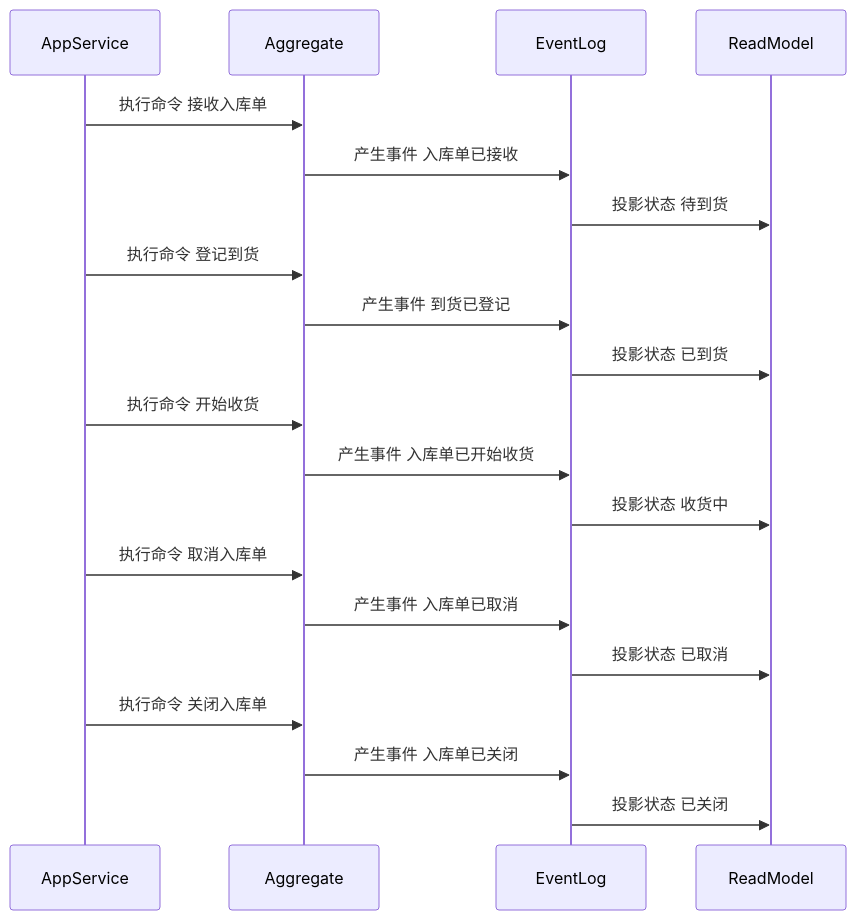
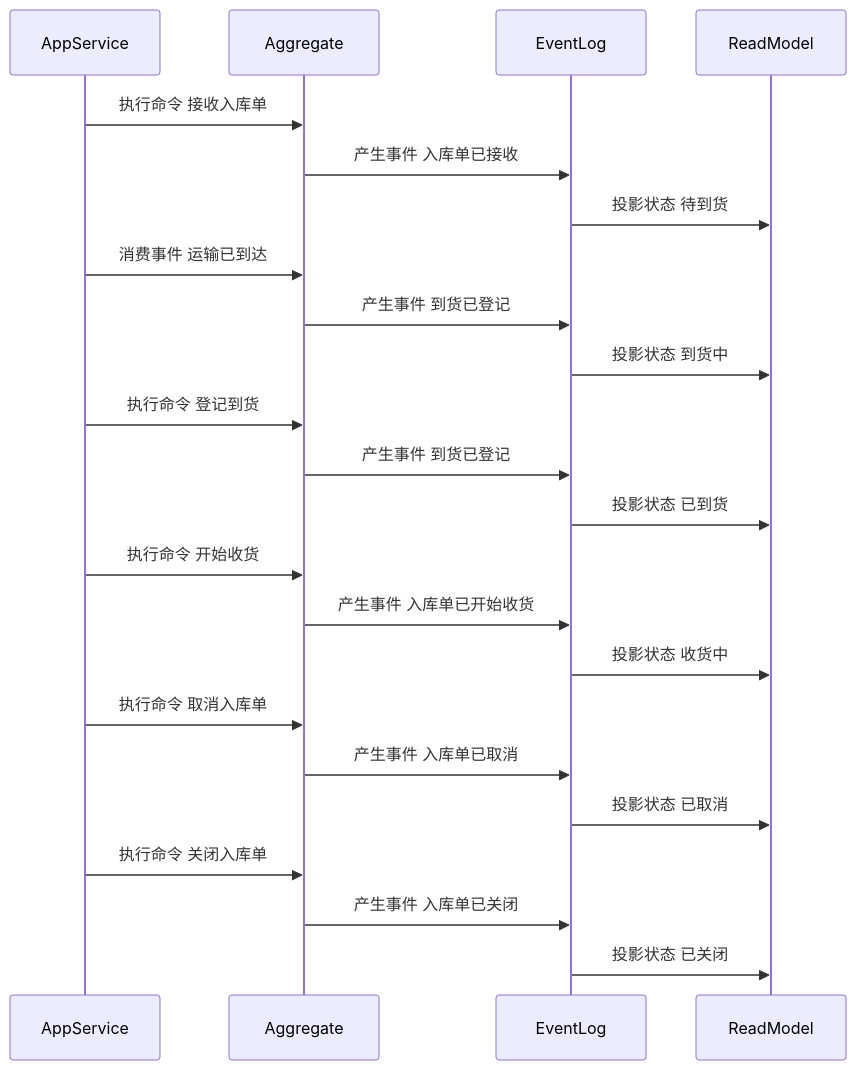
The sixth of 6 diagrams in docs/03-核心业务模型/03-WMS领域模型/02-入库单聚合CQRS设计.md (chao1927/scm), drawn with Mermaid before and after one commit. The commit also changed other lines of this file and 118 other files, not shown here.

````diff
--- a/docs/03-核心业务模型/03-WMS领域模型/02-入库单聚合CQRS设计.md
+++ b/docs/03-核心业务模型/03-WMS领域模型/02-入库单聚合CQRS设计.md
@@ -258,23 +262,26 @@
 ```mermaid
 sequenceDiagram
     participant AppService
     participant Aggregate
     participant EventLog
     participant ReadModel
 
     AppService->>Aggregate: 执行命令 接收入库单
     Aggregate->>EventLog: 产生事件 入库单已接收
     EventLog->>ReadModel: 投影状态 待到货
+    AppService->>Aggregate: 消费事件 运输已到达
+    Aggregate->>EventLog: 产生事件 到货已登记
+    EventLog->>ReadModel: 投影状态 到货中
     AppService->>Aggregate: 执行命令 登记到货
     Aggregate->>EventLog: 产生事件 到货已登记
     EventLog->>ReadModel: 投影状态 已到货
     AppService->>Aggregate: 执行命令 开始收货
     Aggregate->>EventLog: 产生事件 入库单已开始收货
     EventLog->>ReadModel: 投影状态 收货中
     AppService->>Aggregate: 执行命令 取消入库单
     Aggregate->>EventLog: 产生事件 入库单已取消
     EventLog->>ReadModel: 投影状态 已取消
     AppService->>Aggregate: 执行命令 关闭入库单
     Aggregate->>EventLog: 产生事件 入库单已关闭
     EventLog->>ReadModel: 投影状态 已关闭
 ```
````
